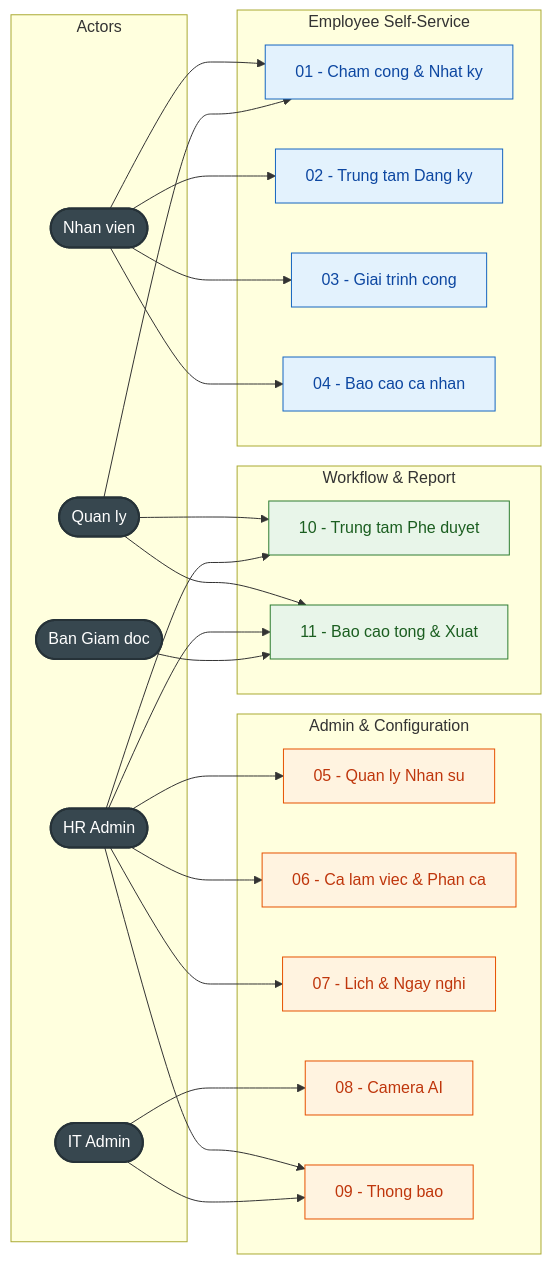
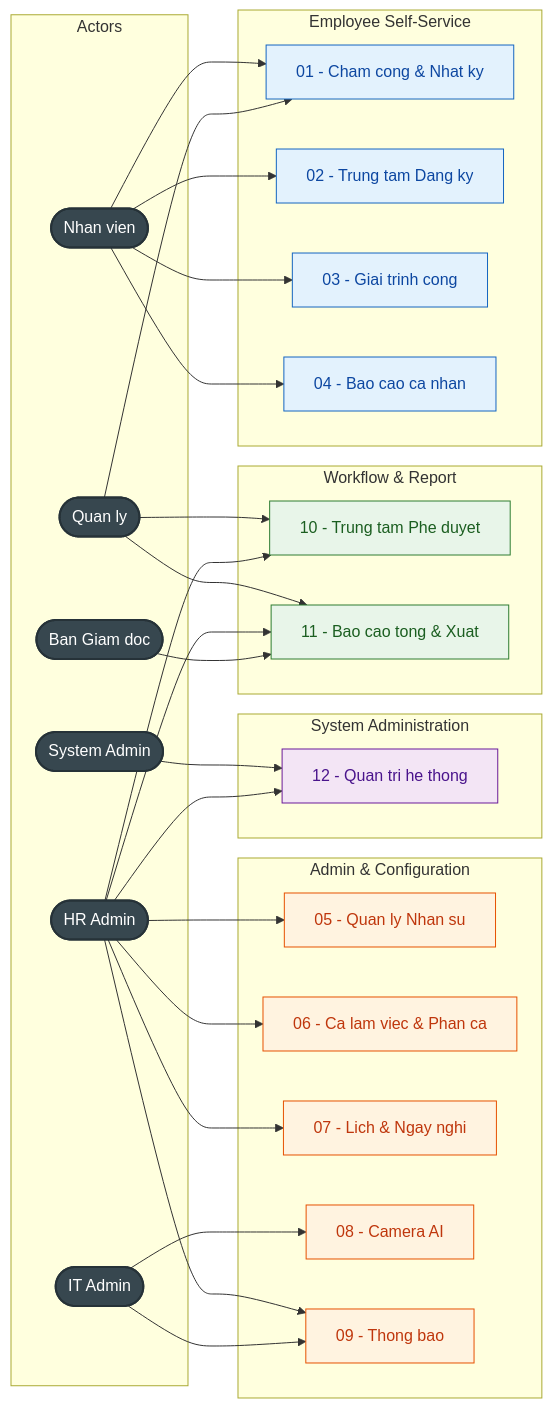
Before and after one commit to olbboy/ba-kit-antigravity: the diagram in outputs/mini-app-cham-cong/2.11-Mini-app/README.md, drawn with Mermaid. The commit also changed other lines of this file and 11 other files, not shown here.

````diff
--- a/outputs/mini-app-cham-cong/2.11-Mini-app/README.md
+++ b/outputs/mini-app-cham-cong/2.11-Mini-app/README.md
@@ -97,46 +104,55 @@
 ```mermaid
 graph LR
     subgraph Actors
         NV([Nhan vien])
         MGR([Quan ly])
         HR([HR Admin])
         IT([IT Admin])
         BGD([Ban Giam doc])
+        SYS([System Admin])
     end
 
     subgraph ESS["Employee Self-Service"]
         M01[01 - Cham cong & Nhat ky]
         M02[02 - Trung tam Dang ky]
         M03[03 - Giai trinh cong]
         M04[04 - Bao cao ca nhan]
     end
 
     subgraph Admin["Admin & Configuration"]
         M05[05 - Quan ly Nhan su]
         M06[06 - Ca lam viec & Phan ca]
         M07[07 - Lich & Ngay nghi]
         M08[08 - Camera AI]
         M09[09 - Thong bao]
     end
 
     subgraph Workflow["Workflow & Report"]
         M10[10 - Trung tam Phe duyet]
         M11[11 - Bao cao tong & Xuat]
     end
 
+    subgraph System["System Administration"]
+        M12[12 - Quan tri he thong]
+    end
+
     NV --> M01 & M02 & M03 & M04
     MGR --> M01 & M10 & M11
     HR --> M05 & M06 & M07 & M09 & M10 & M11
     IT --> M08 & M09
     BGD --> M11
+    SYS --> M12
+    HR --> M12
 
     classDef actor fill:#37474F,color:#fff,stroke:#263238,stroke-width:2px
     classDef ess fill:#E3F2FD,stroke:#1565C0,color:#0D47A1
     classDef admin fill:#FFF3E0,stroke:#E65100,color:#BF360C
+    classDef sys fill:#F3E5F5,stroke:#6A1B9A,color:#4A148C
     classDef wf fill:#E8F5E9,stroke:#2E7D32,color:#1B5E20
 
-    class NV,MGR,HR,IT,BGD actor
+    class NV,MGR,HR,IT,BGD,SYS actor
     class M01,M02,M03,M04 ess
     class M05,M06,M07,M08,M09 admin
     class M10,M11 wf
+    class M12 sys
 ```
````
